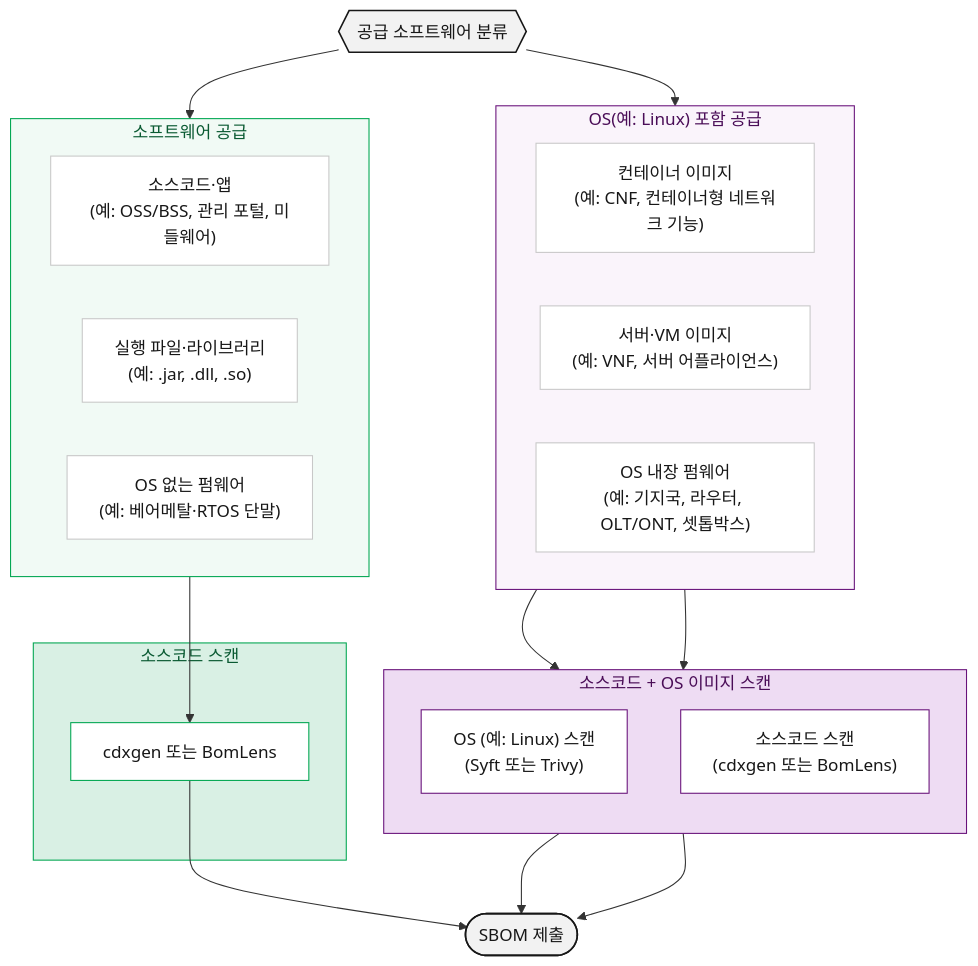
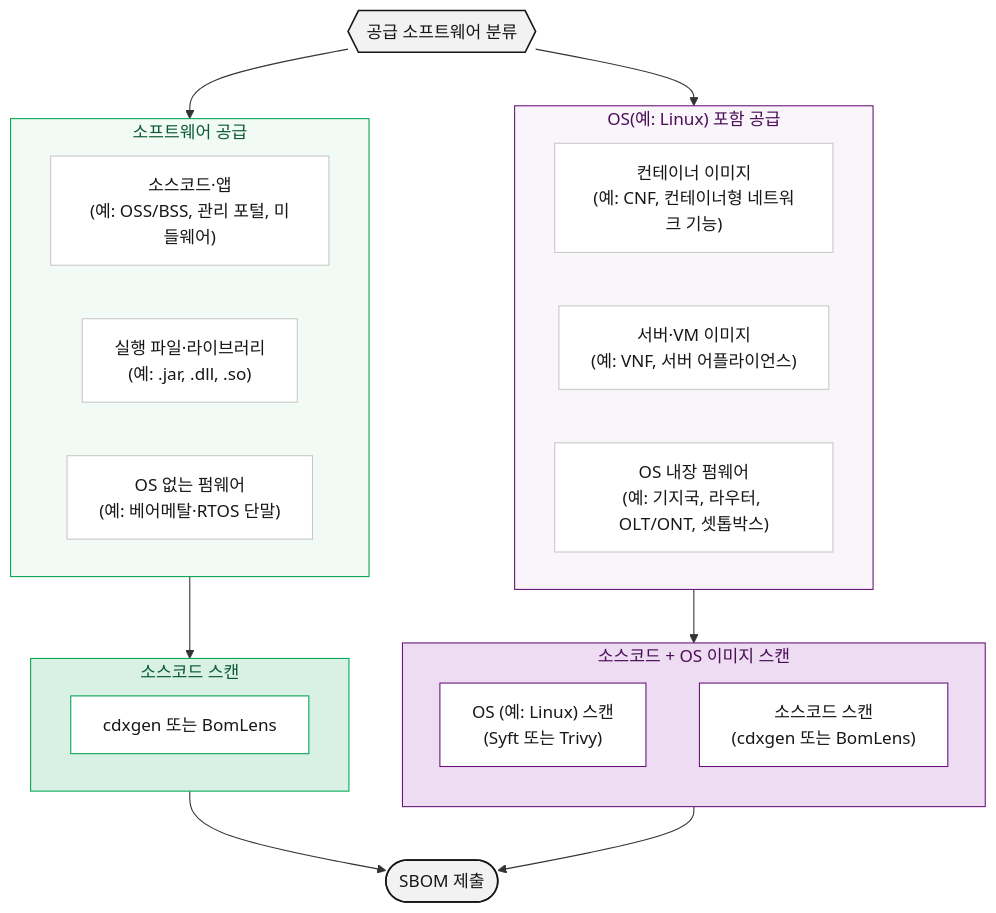
Before and after one commit to sktelecom/sktelecom.github.io: the diagram in content/ko/guide/supply-chain/for-suppliers/creation-guide/_index.md, drawn with Mermaid. The commit also changed other lines of this file and 1 other file, not shown here.

Commit message:
style(supply-chain): stop arrows at group borders and tighten the intro
- Connect edges to the subgraphs themselves so each scan group has one
  incoming and one outgoing arrow instead of piercing the inner boxes
- Align the text below the diagram with the box names and order
  (OS layer first, then the source/app layer)
- Merge the four-sentence source-scan intro into two sentences

````diff
--- a/content/ko/guide/supply-chain/for-suppliers/creation-guide/_index.md
+++ b/content/ko/guide/supply-chain/for-suppliers/creation-guide/_index.md
@@ -14,67 +14,63 @@
 ```mermaid
 graph TD
     A{{"공급 소프트웨어 분류"}}
 
     subgraph G1["소프트웨어 공급"]
       direction LR
       T1["소스코드·앱<br>(예: OSS/BSS, 관리 포털, 미들웨어)"]
       T2["실행 파일·라이브러리<br>(예: .jar, .dll, .so)"]
       T3["OS 없는 펌웨어<br>(예: 베어메탈·RTOS 단말)"]
     end
 
     subgraph G2["OS(예: Linux) 포함 공급"]
       direction LR
       T4["컨테이너 이미지<br>(예: CNF, 컨테이너형 네트워크 기능)"]
       T5["서버·VM 이미지<br>(예: VNF, 서버 어플라이언스)"]
       T6["OS 내장 펌웨어<br>(예: 기지국, 라우터, OLT/ONT, 셋톱박스)"]
     end
 
     %% 좌측: 소스코드 스캔 서브 박스 구조
     subgraph M1["소스코드 스캔"]
       M1_Sub["cdxgen 또는 BomLens"]
     end
 
     %% 우측: 소스코드 + OS 이미지 스캔 서브 박스 구조 (세로 배치)
     subgraph M2["소스코드 + OS 이미지 스캔"]
       direction TB
       M2_Top["OS (예: Linux) 스캔<br>(Syft 또는 Trivy)"]
       M2_Bottom["소스코드 스캔<br>(cdxgen 또는 BomLens)"]
     end
 
     A --> G1
     A --> G2
     
-    %% 그룹에서 내부 서브 박스로 연결
-    G1 --> M1_Sub
+    %% 그룹 박스 경계로만 연결 (박스당 화살표 1개)
+    G1 --> M1
+    G2 --> M2
     
-    %% G2에서 우측 내부 박스들로 각각 연결선 진입
-    G2 --> M2_Top
-    G2 --> M2_Bottom
-    
-    %% 내부 서브 박스에서 다음 단계로 연결
-    M1_Sub --> P(["SBOM 제출"])
-    M2_Top --> P
-    M2_Bottom --> P
+    %% 그룹 박스에서 다음 단계로 연결
+    M1 --> P(["SBOM 제출"])
+    M2 --> P
 
     classDef start fill:#F2F2F2,stroke:#171717,color:#171717,stroke-width:1.5px
     classDef typebox fill:#ffffff,stroke:#c8c8c8,color:#171717,stroke-width:1px
     classDef submit fill:#F2F2F2,stroke:#171717,color:#171717,stroke-width:1.5px
     
     %% 내부 단일 박스용 흰색 스타일 정의 (좌/우 테두리 색상 구분)
     classDef subwhite_left fill:#ffffff,stroke:#00A651,color:#171717,stroke-width:1px
     classDef subwhite_right fill:#ffffff,stroke:#68127A,color:#171717,stroke-width:1px
 
     class A start
     class T1,T2,T3,T4,T5,T6 typebox
     class M1_Sub subwhite_left
     class M2_Top,M2_Bottom subwhite_right
     class P submit
 
     style G1 fill:#F1FAF5,stroke:#00A651,stroke-width:1px,color:#0A5A32
     style G2 fill:#FAF4FB,stroke:#68127A,stroke-width:1px,color:#4A0D57
     
     %% 외곽 박스 스타일 (배경색 및 테두리 유지)
     style M1 fill:#D9F0E4,stroke:#00A651,stroke-width:1px,color:#0A5A32
     style M2 fill:#EEDCF3,stroke:#68127A,stroke-width:1px,color:#4A0D57
 
 ```
````
